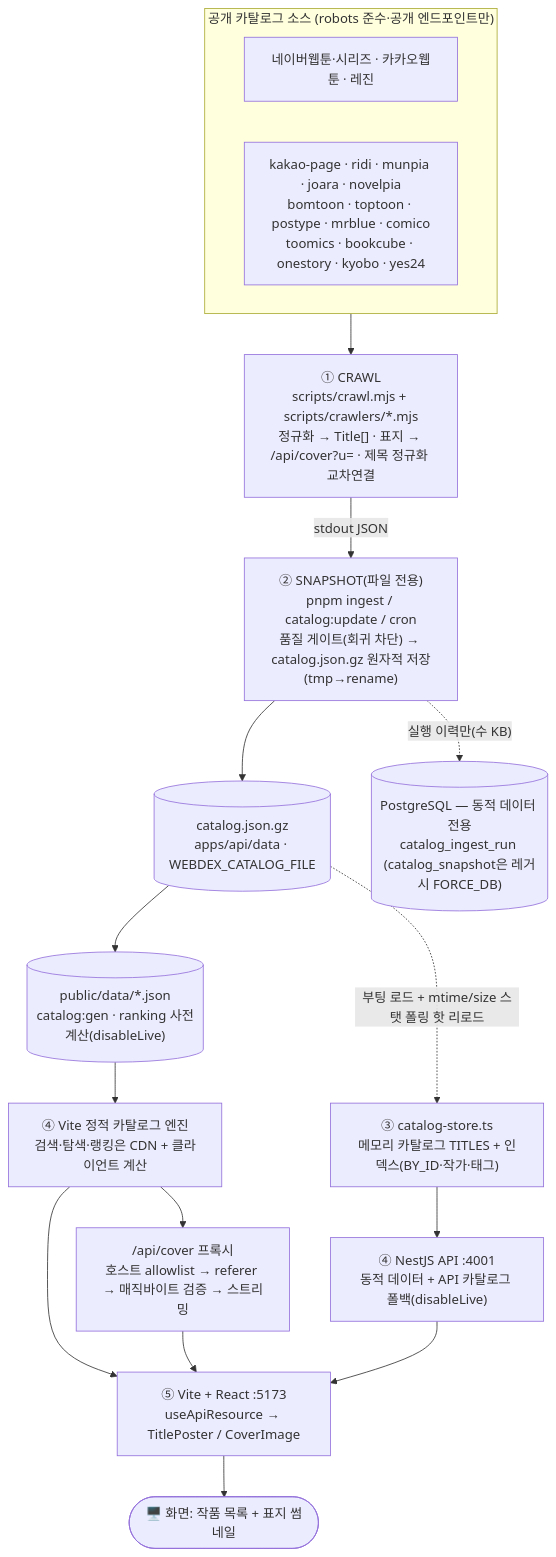
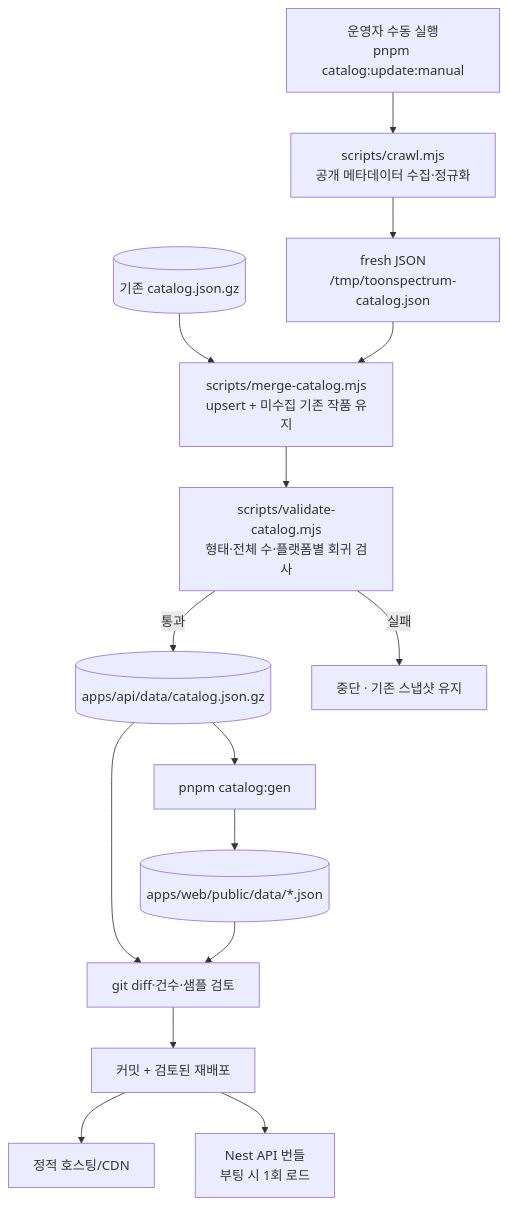
The diagram in docs/data-pipeline.md (blue45f/toonspectrum), drawn with Mermaid before and after one commit. The commit also changed other lines of this file and 48 other files, not shown here.

Commit message:
refactor(catalog): make crawling manual-only

````diff
--- a/docs/data-pipeline.md
+++ b/docs/data-pipeline.md
@@ -11,21 +18,17 @@
 ```mermaid
 flowchart TD
-    subgraph SRC["공개 카탈로그 소스 (robots 준수·공개 엔드포인트만)"]
-      A["네이버웹툰·시리즈 · 카카오웹툰 · 레진"]
-      B["kakao-page · ridi · munpia · joara · novelpia<br/>bomtoon · toptoon · postype · mrblue · comico<br/>toomics · bookcube · onestory · kyobo · yes24"]
-    end
-
-    SRC --> C["① CRAWL<br/>scripts/crawl.mjs + scripts/crawlers/*.mjs<br/>정규화 → Title[] · 표지 → /api/cover?u= · 제목 정규화 교차연결"]
-    C -->|stdout JSON| D["② SNAPSHOT(파일 전용)<br/>pnpm ingest / catalog:update / cron<br/>품질 게이트(회귀 차단) → catalog.json.gz 원자적 저장(tmp→rename)"]
-    D --> GZ[("catalog.json.gz<br/>apps/api/data · WEBDEX_CATALOG_FILE")]
-    D -. 실행 이력만(수 KB) .-> DB[("PostgreSQL — 동적 데이터 전용<br/>catalog_ingest_run (catalog_snapshot은 레거시 FORCE_DB)")]
-    GZ --> STATIC[("public/data/*.json<br/>catalog:gen · ranking 사전계산(disableLive)")]
-    GZ -. 부팅 로드 + mtime/size 스탯 폴링 핫 리로드 .-> E["③ catalog-store.ts<br/>메모리 카탈로그 TITLES + 인덱스(BY_ID·작가·태그)"]
-    STATIC --> F["④ Vite 정적 카탈로그 엔진<br/>검색·탐색·랭킹은 CDN + 클라이언트 계산"]
-    E --> API["④ NestJS API :4001<br/>동적 데이터 + API 카탈로그 폴백(disableLive)"]
-    F --> G["⑤ Vite + React :5173<br/>useApiResource → TitlePoster / CoverImage"]
-    API --> G
-    F --> COV["/api/cover 프록시<br/>호스트 allowlist → referer → 매직바이트 검증 → 스트리밍"]
-    COV --> G
-    G --> SCREEN(["🖥️ 화면: 작품 목록 + 표지 썸네일"])
+  O["운영자 수동 실행<br/>pnpm catalog:update:manual"] --> C["scripts/crawl.mjs<br/>공개 메타데이터 수집·정규화"]
+  C --> F["fresh JSON<br/>/tmp/toonspectrum-catalog.json"]
+  B[("기존 catalog.json.gz")] --> M["scripts/merge-catalog.mjs<br/>upsert + 미수집 기존 작품 유지"]
+  F --> M
+  M --> V["scripts/validate-catalog.mjs<br/>형태·전체 수·플랫폼별 회귀 검사"]
+  V -->|통과| GZ[("apps/api/data/catalog.json.gz")]
+  V -->|실패| STOP["중단 · 기존 스냅샷 유지"]
+  GZ --> GEN["pnpm catalog:gen"]
+  GEN --> STATIC[("apps/web/public/data/*.json")]
+  GZ --> REVIEW["git diff·건수·샘플 검토"]
+  STATIC --> REVIEW
+  REVIEW --> COMMIT["커밋 + 검토된 재배포"]
+  COMMIT --> CDN["정적 호스팅/CDN"]
+  COMMIT --> API["Nest API 번들<br/>부팅 시 1회 로드"]
 ```
````
